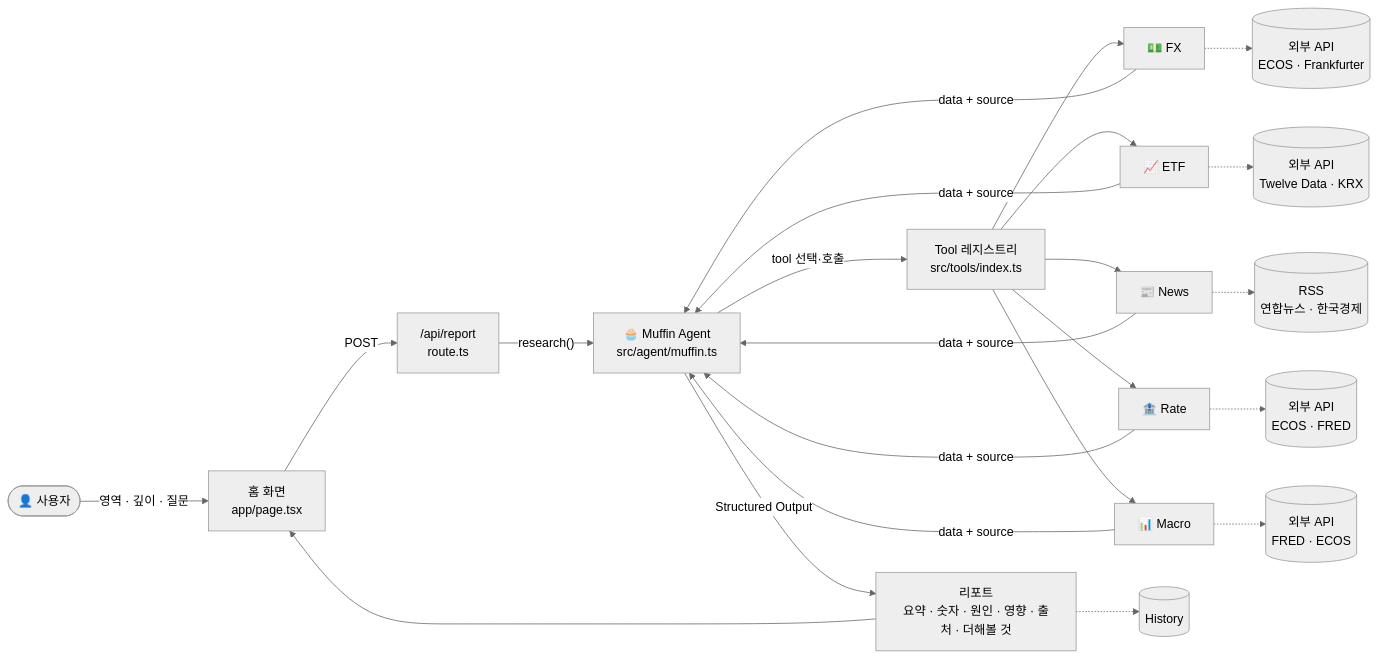
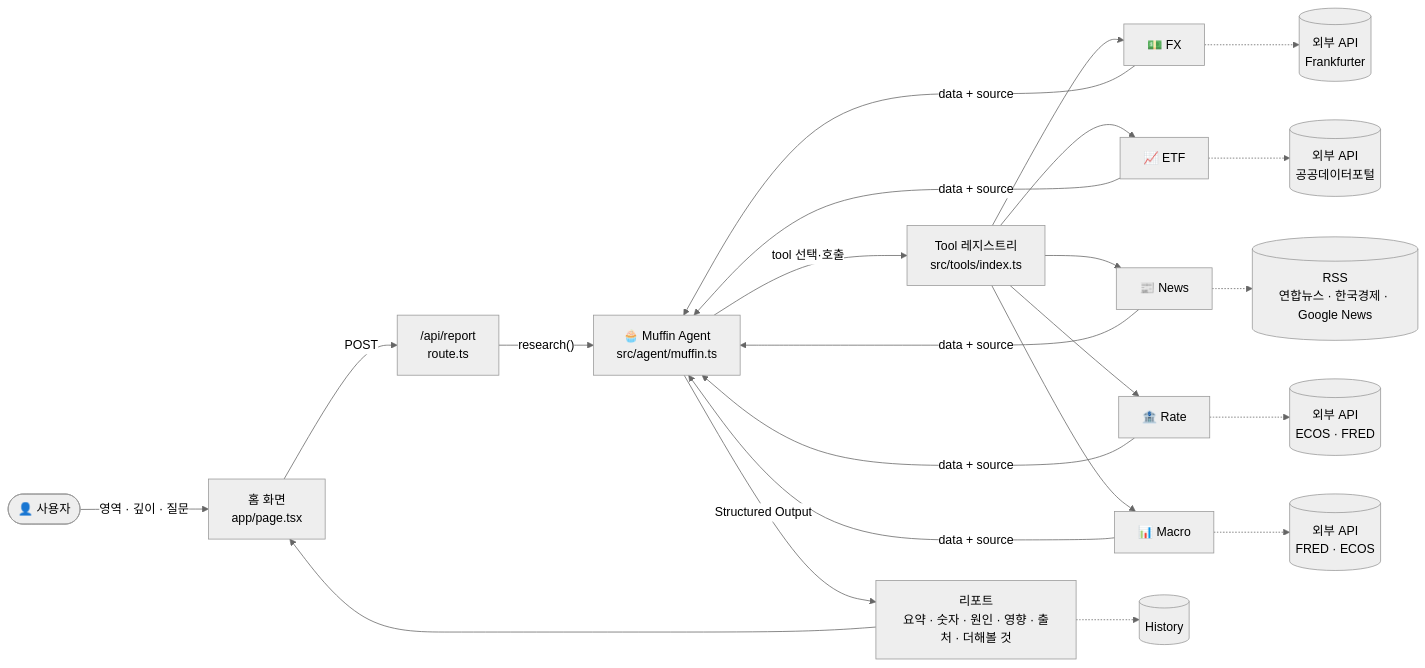
One commit to muffin-lab-it/muffin changed the first of 3 diagrams in README.md. Above: the diagram before and after it, drawn with Mermaid (neutral theme). The commit also changed other lines of this file and 4 other files, not shown here.

````diff
--- a/README.md
+++ b/README.md
@@ -53,24 +53,24 @@
 ```mermaid
 flowchart LR
     U(["👤 사용자"]) -->|"영역 · 깊이 · 질문"| Home["홈 화면<br/>app/page.tsx"]
     Home -->|"POST"| API["/api/report<br/>route.ts"]
     API -->|"research()"| Agent["🧁 Muffin Agent<br/>src/agent/muffin.ts"]
 
     Agent -->|"tool 선택·호출"| Reg["Tool 레지스트리<br/>src/tools/index.ts"]
     Reg --> FX["💵 FX"]
     Reg --> ETF["📈 ETF"]
     Reg --> News["📰 News"]
     Reg --> Rate["🏦 Rate"]
     Reg --> Macro["📊 Macro"]
 
     FX & ETF & News & Rate & Macro -->|"data + source"| Agent
-    FX -.-> X1[("외부 API<br/>ECOS · Frankfurter")]
-    ETF -.-> X2[("외부 API<br/>Twelve Data · KRX")]
-    News -.-> X3[("RSS<br/>연합뉴스 · 한국경제")]
+    FX -.-> X1[("외부 API<br/>Frankfurter")]
+    ETF -.-> X2[("외부 API<br/>공공데이터포털")]
+    News -.-> X3[("RSS<br/>연합뉴스 · 한국경제 · Google News")]
     Rate -.-> X4[("외부 API<br/>ECOS · FRED")]
     Macro -.-> X5[("외부 API<br/>FRED · ECOS")]
 
     Agent -->|"Structured Output"| Report["리포트<br/>요약 · 숫자 · 원인 · 영향 · 출처 · 더해볼 것"]
     Report --> Home
     Report -.-> Hist[("History")]
 ```
````
